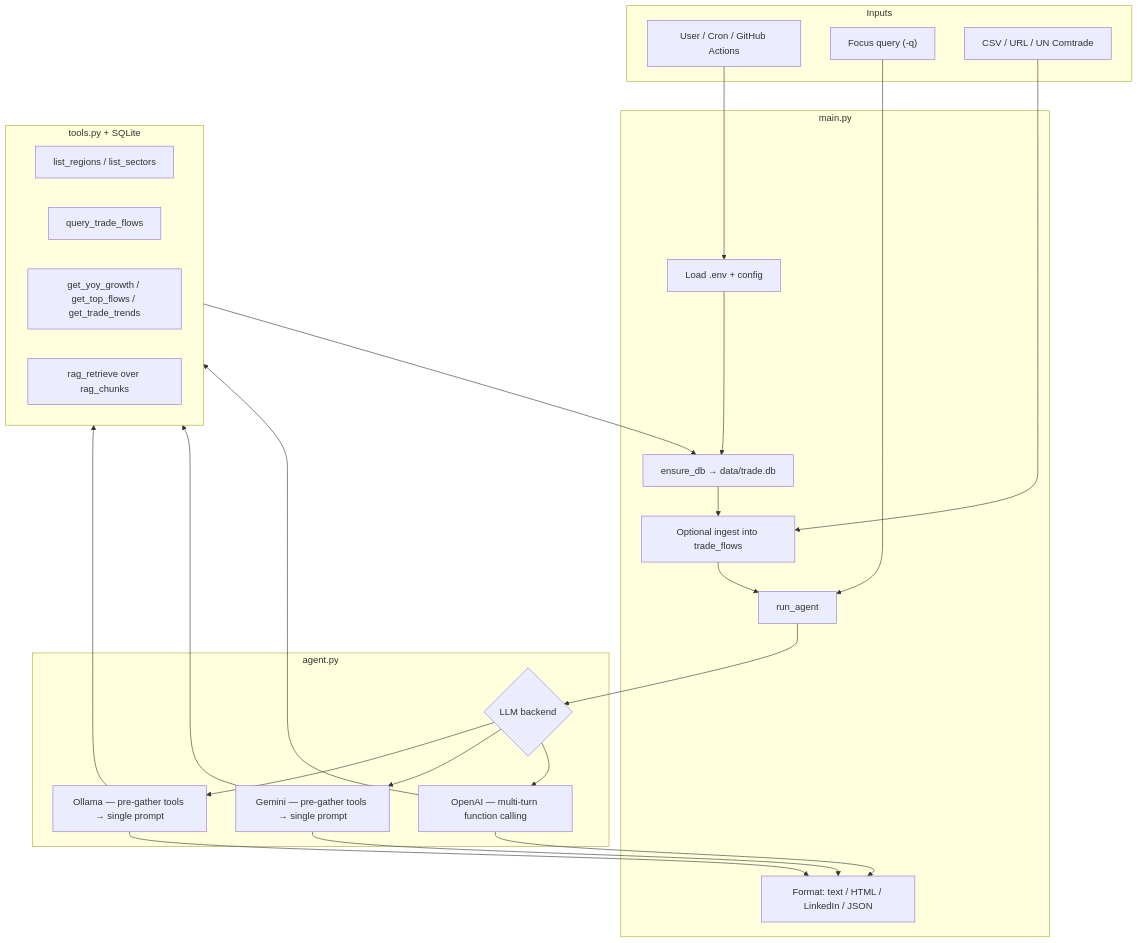
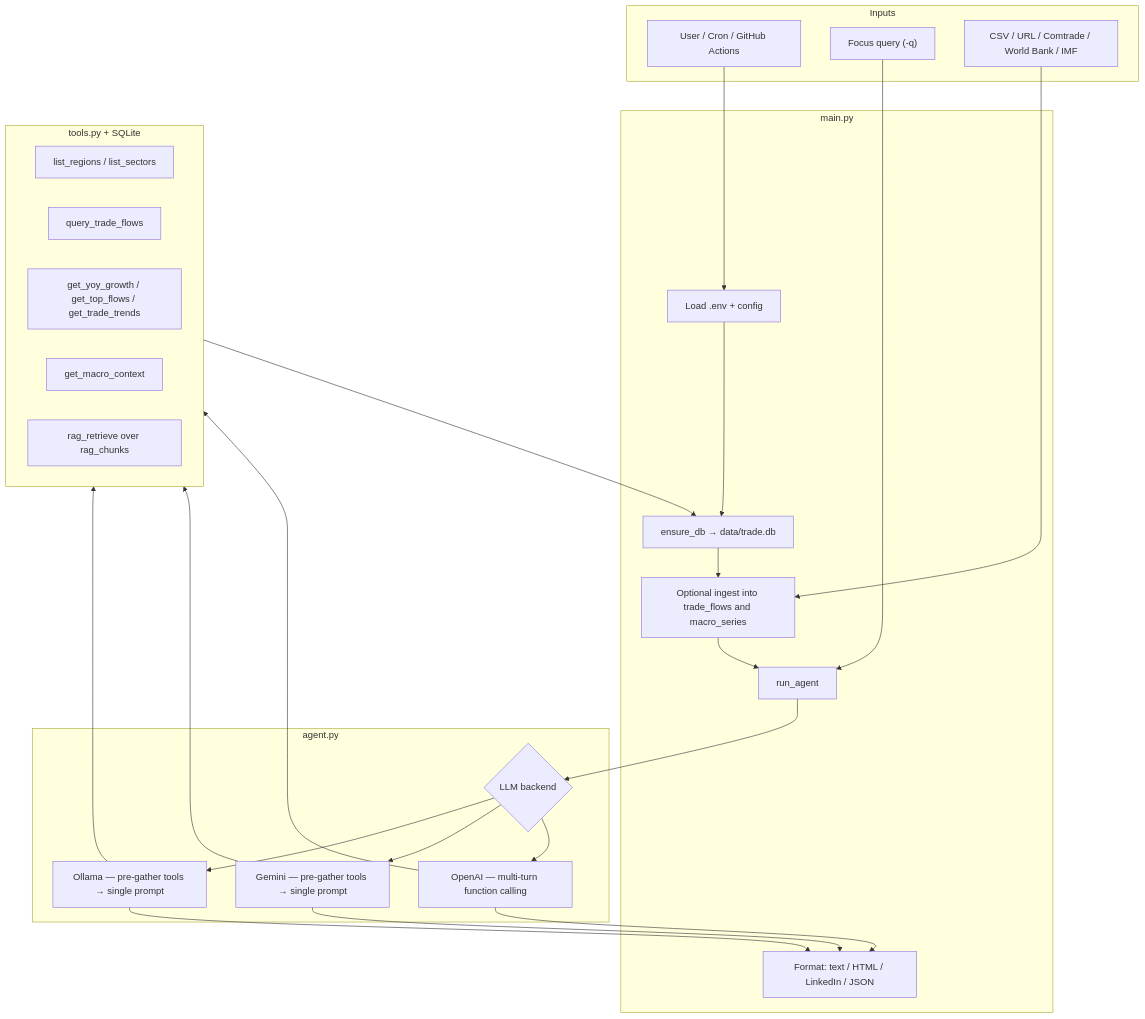
One commit to Arnav504/Trade_AI_Project changed the diagram in README.md. Above: the diagram before and after it, drawn with Mermaid. The commit also changed other lines of this file and 14 other files, not shown here.

````diff
--- a/README.md
+++ b/README.md
@@ -98,39 +183,40 @@
 ```mermaid
 flowchart TB
     subgraph Inputs
         U[User / Cron / GitHub Actions]
         Q["Focus query (-q)"]
-        D["CSV / URL / UN Comtrade"]
+        D["CSV / URL / Comtrade / World Bank / IMF"]
     end
 
     subgraph Orchestration["main.py"]
         E[Load .env + config]
         DB[ensure_db → data/trade.db]
-        IN[Optional ingest into trade_flows]
+        IN[Optional ingest into trade_flows and macro_series]
         A[run_agent]
         OUT[Format: text / HTML / LinkedIn / JSON]
     end
 
     subgraph Agent["agent.py"]
         SEL{LLM backend}
         OL[Ollama — pre-gather tools → single prompt]
         GE[Gemini — pre-gather tools → single prompt]
         OA[OpenAI — multi-turn function calling]
     end
 
     subgraph Tools["tools.py + SQLite"]
         T1[list_regions / list_sectors]
         T2[query_trade_flows]
         T3[get_yoy_growth / get_top_flows / get_trade_trends]
-        T4[rag_retrieve over rag_chunks]
+        T4[get_macro_context]
+        T5[rag_retrieve over rag_chunks]
     end
 
     U --> E --> DB --> IN --> A
     Q --> A
     D --> IN
     A --> SEL
     SEL --> OL & GE & OA
     OL & GE & OA --> Tools
     Tools --> DB
     OL & GE & OA --> OUT
 ```
````
